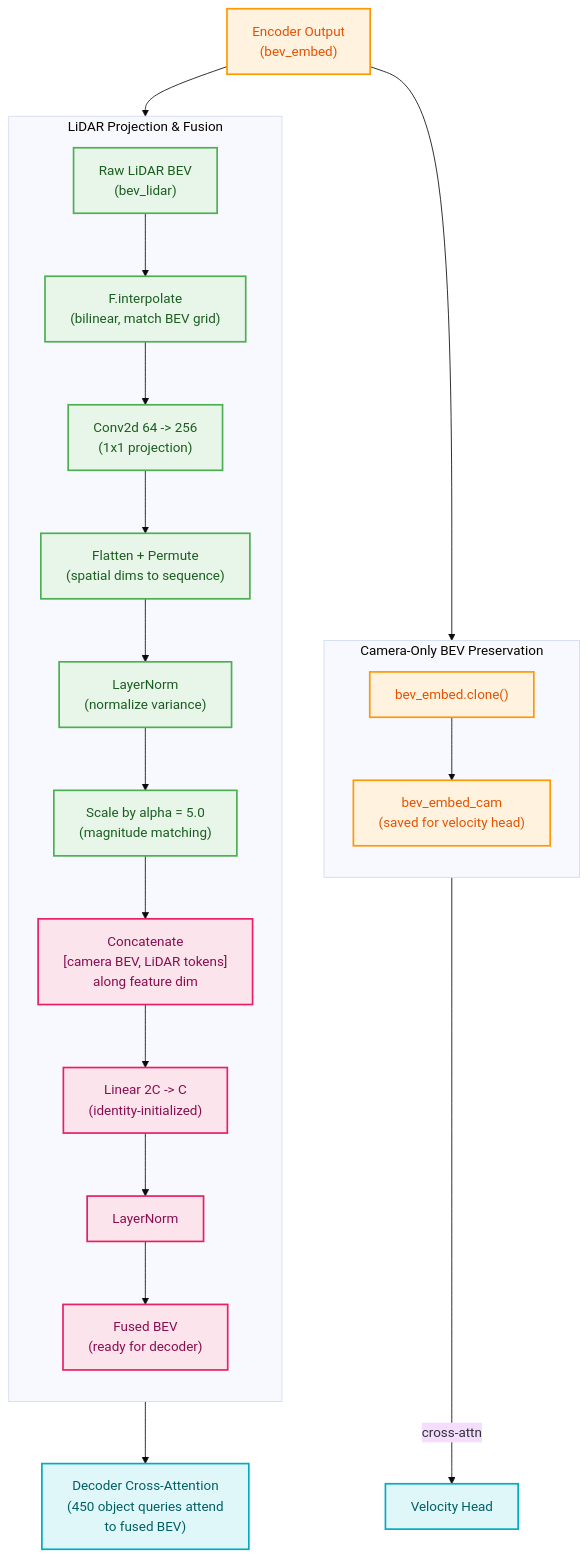
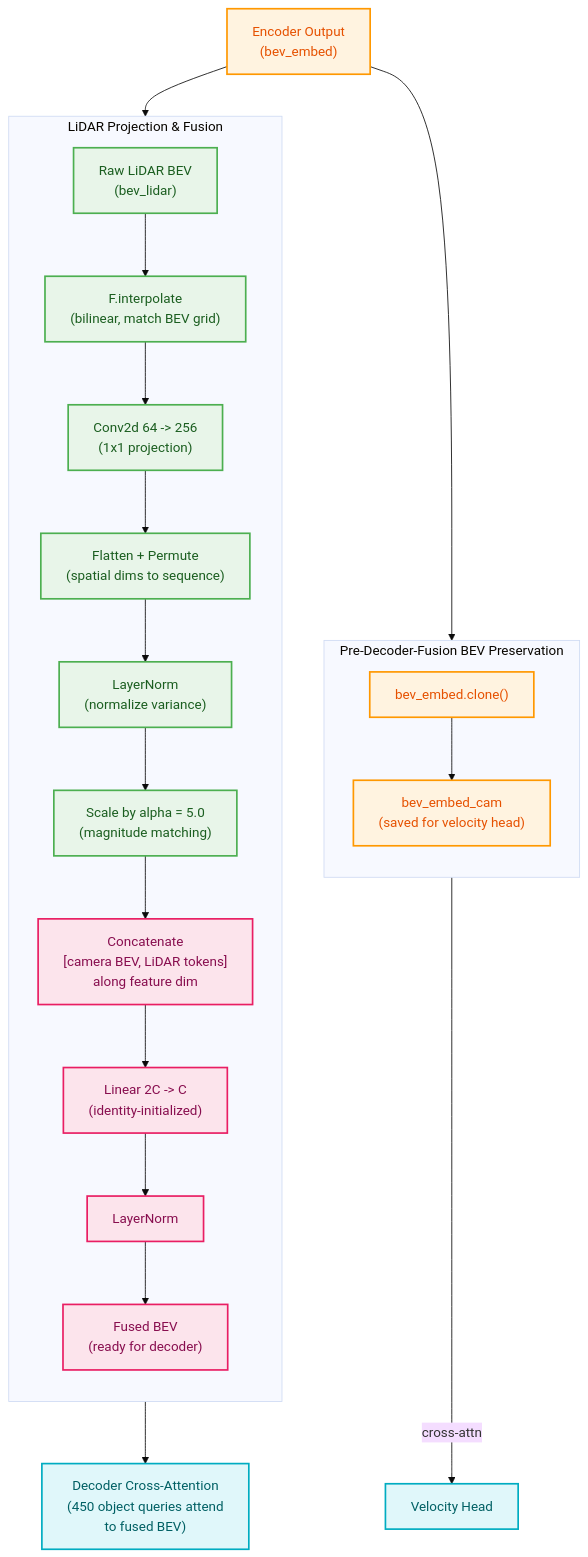
Before and after one commit to xiaotwu/BEVFormerFusion: the first of 3 diagrams in doc/05-decoder-fusion.md, drawn with Mermaid (base theme). The commit also changed other lines of this file and 136 other files, not shown here.

````diff
--- a/doc/05-decoder-fusion.md
+++ b/doc/05-decoder-fusion.md
@@ -34,44 +34,44 @@
 ```mermaid
 graph TD
     ENC_OUT["Encoder Output<br/>(bev_embed)"]
 
-    subgraph CamPreserve["Camera-Only BEV Preservation"]
+    subgraph CamPreserve["Pre-Decoder-Fusion BEV Preservation"]
         direction TB
         CLONE["bev_embed.clone()"]
         CAM_BEV["bev_embed_cam<br/>(saved for velocity head)"]
         CLONE --> CAM_BEV
     end
 
     ENC_OUT --> CLONE
     ENC_OUT --> CONCAT
 
     subgraph LidarFusion["LiDAR Projection & Fusion"]
         direction TB
         RAW["Raw LiDAR BEV<br/>(bev_lidar)"]
         INTERP["F.interpolate<br/>(bilinear, match BEV grid)"]
         CONV["Conv2d 64 -> 256<br/>(1x1 projection)"]
         FLAT["Flatten + Permute<br/>(spatial dims to sequence)"]
         LN1["LayerNorm<br/>(normalize variance)"]
         ALPHA["Scale by alpha = 5.0<br/>(magnitude matching)"]
         CONCAT["Concatenate<br/>[camera BEV, LiDAR tokens]<br/>along feature dim"]
         LINEAR["Linear 2C -> C<br/>(identity-initialized)"]
         LN2["LayerNorm"]
         FUSED["Fused BEV<br/>(ready for decoder)"]
 
         RAW --> INTERP --> CONV --> FLAT --> LN1 --> ALPHA --> CONCAT
         CONCAT --> LINEAR --> LN2 --> FUSED
     end
 
     FUSED --> DECODER["Decoder Cross-Attention<br/>(450 object queries attend<br/>to fused BEV)"]
     CAM_BEV -->|"cross-attn"| VEL["Velocity Head"]
 
     classDef cam  fill:#fff3e0,stroke:#ff9800,stroke-width:2px,color:#e65100
     classDef lid  fill:#e8f5e9,stroke:#4caf50,stroke-width:2px,color:#1b5e20
     classDef fuse fill:#fce4ec,stroke:#e91e63,stroke-width:2px,color:#880e4f
     classDef dec  fill:#e0f7fa,stroke:#00acc1,stroke-width:2px,color:#006064
 
     class ENC_OUT,CLONE,CAM_BEV cam
     class RAW,INTERP,CONV,FLAT,LN1,ALPHA lid
     class CONCAT,LINEAR,LN2,FUSED fuse
     class DECODER,VEL dec
 ```
````
